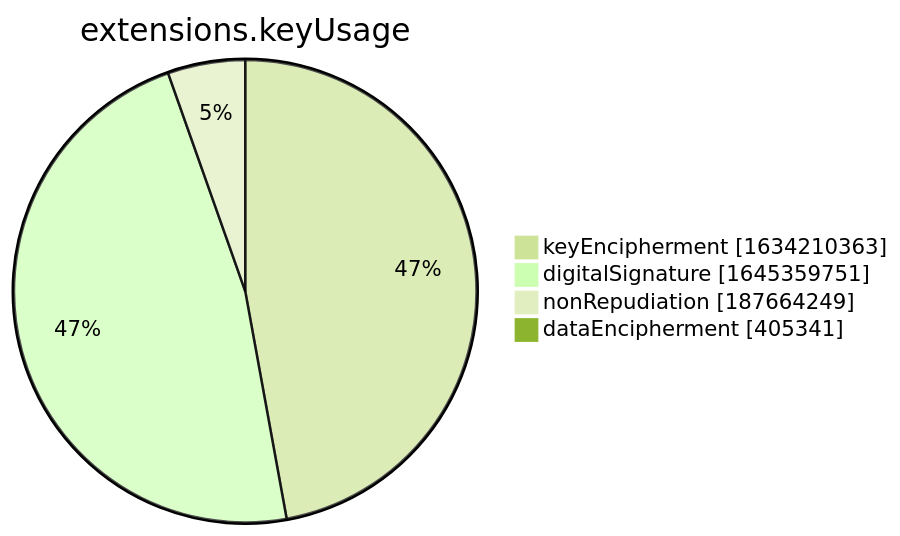
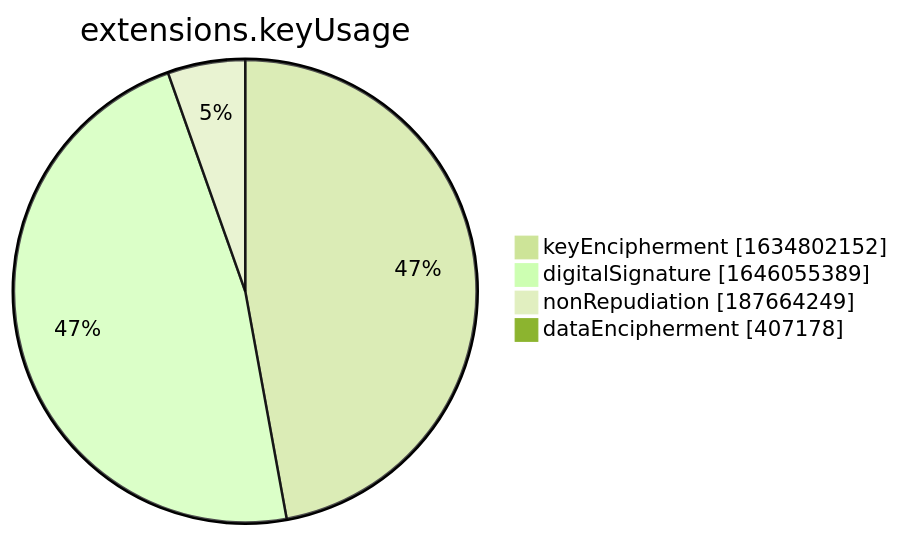
The seventh of 15 diagrams in xenon2022/README.md (christiankrug/ctmonitor_visualization), drawn with Mermaid (forest theme) before and after one commit. The commit also changed other lines of this file, not shown here.

````diff
--- a/xenon2022/README.md
+++ b/xenon2022/README.md
@@ -2855,8 +2855,8 @@
 ```mermaid
 pie showData
 title extensions.keyUsage
-"keyEncipherment" :1634210363
-"digitalSignature" :1645359751
+"keyEncipherment" :1634802152
+"digitalSignature" :1646055389
 "nonRepudiation" :187664249
-"dataEncipherment" :405341
+"dataEncipherment" :407178
 ```
````
